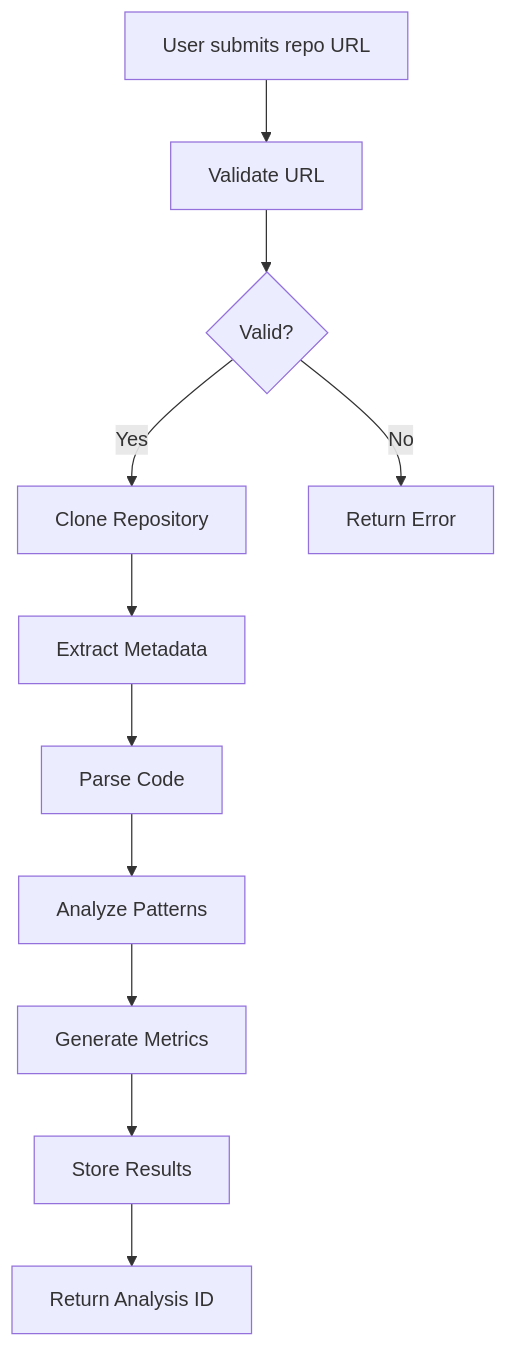
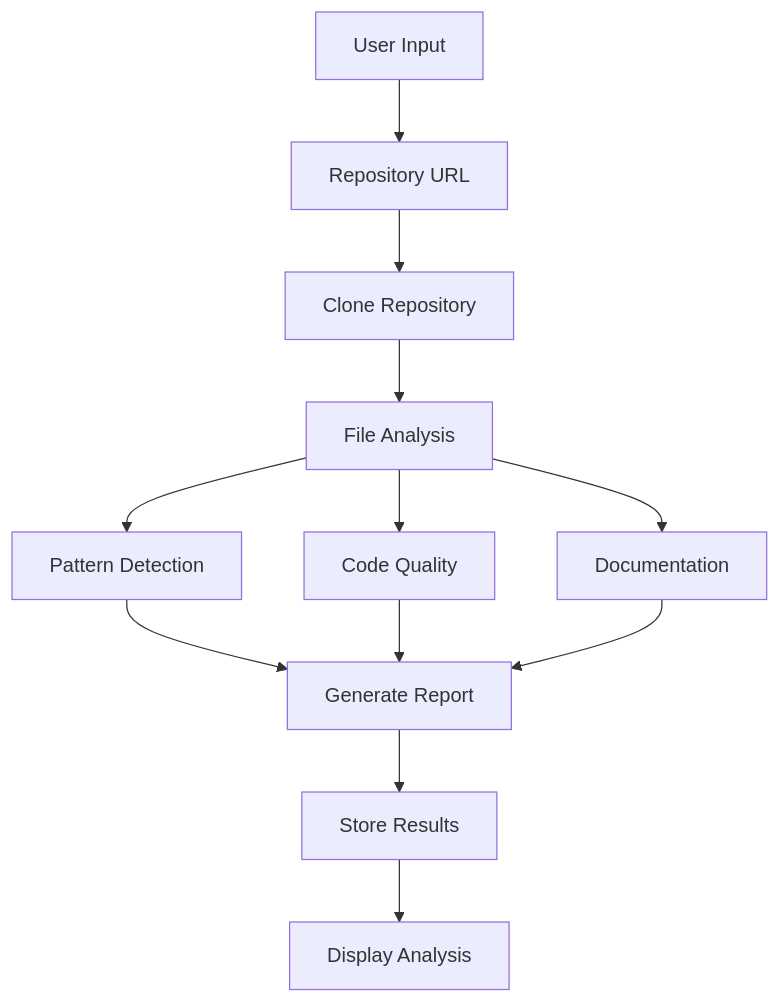
Before and after one commit to ALehav1/RepoAnalyzer: the first of 9 diagrams in README.md, drawn with Mermaid. The commit also changed other lines of this file and 36 other files, not shown here.

````diff
--- a/README.md
+++ b/README.md
@@ -1224,13 +450,12 @@
 ```mermaid
 graph TD
-    A[User submits repo URL] --> B[Validate URL]
-    B --> C{Valid?}
-    C -->|Yes| D[Clone Repository]
-    C -->|No| E[Return Error]
-    D --> F[Extract Metadata]
-    F --> G[Parse Code]
-    G --> H[Analyze Patterns]
-    H --> I[Generate Metrics]
-    I --> J[Store Results]
-    J --> K[Return Analysis ID]
+    A[User Input] --> B[Repository URL]
+    B --> C[Clone Repository]
+    C --> D[File Analysis]
+    D --> E[Pattern Detection]
+    D --> F[Code Quality]
+    D --> G[Documentation]
+    E & F & G --> H[Generate Report]
+    H --> I[Store Results]
+    I --> J[Display Analysis]
 ```
````
